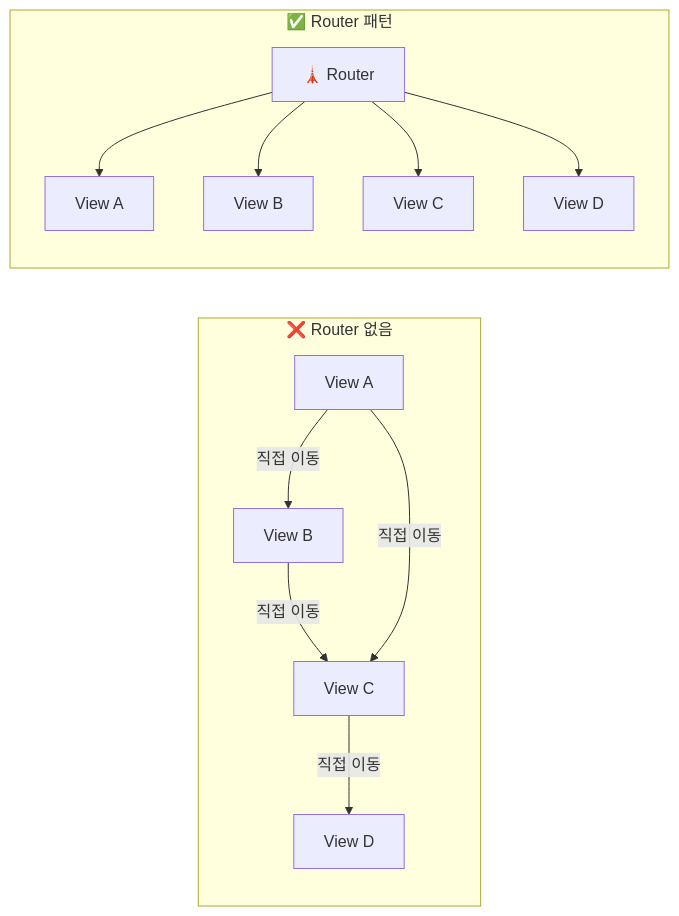
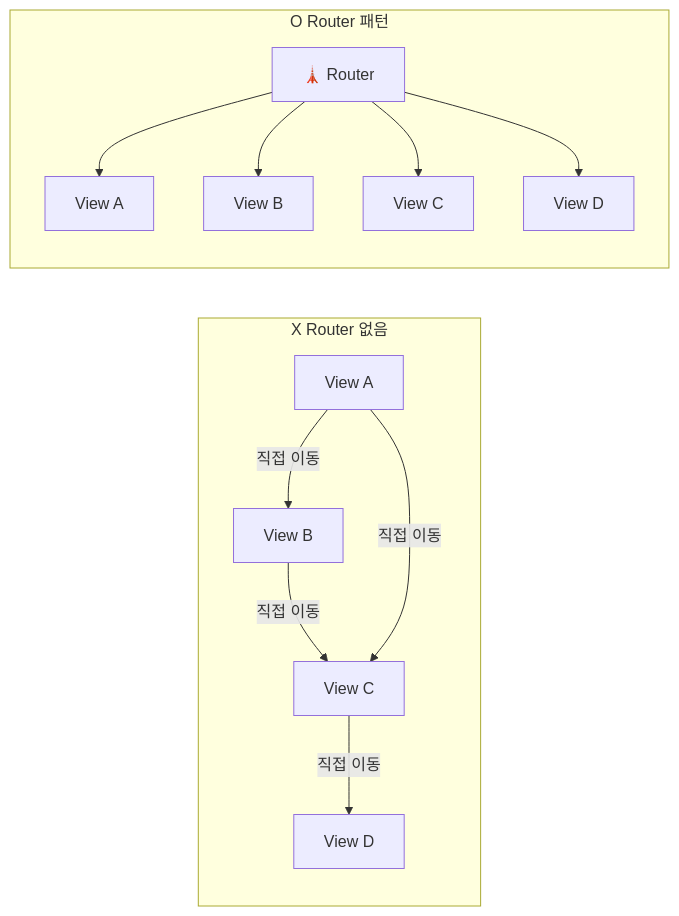
The first of 5 diagrams in 08-architecture/03-navigation-design.md (jsonpassion/forge-tutorial-swift), drawn with Mermaid before and after one commit. The commit also changed other lines of this file and 69 other files, not shown here.

````diff
--- a/08-architecture/03-navigation-design.md
+++ b/08-architecture/03-navigation-design.md
@@ -11,15 +11,15 @@
 ```mermaid
 flowchart LR
-    subgraph before["❌ Router 없음"]
+    subgraph before["X Router 없음"]
         VA["View A"] -->|직접 이동| VB["View B"]
         VB -->|직접 이동| VC["View C"]
         VA -->|직접 이동| VC
         VC -->|직접 이동| VD["View D"]
     end
-    subgraph after["✅ Router 패턴"]
+    subgraph after["O Router 패턴"]
         R["🗼 Router"] --> V1["View A"]
         R --> V2["View B"]
         R --> V3["View C"]
         R --> V4["View D"]
     end
 ```
````
